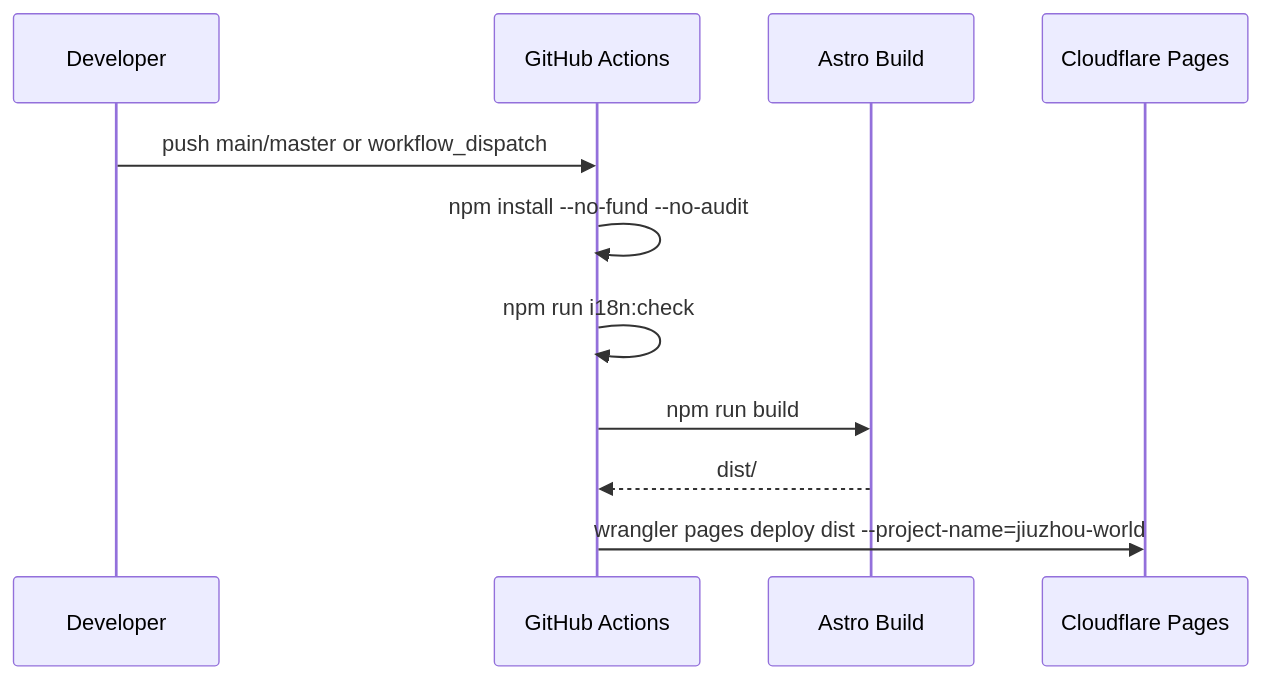
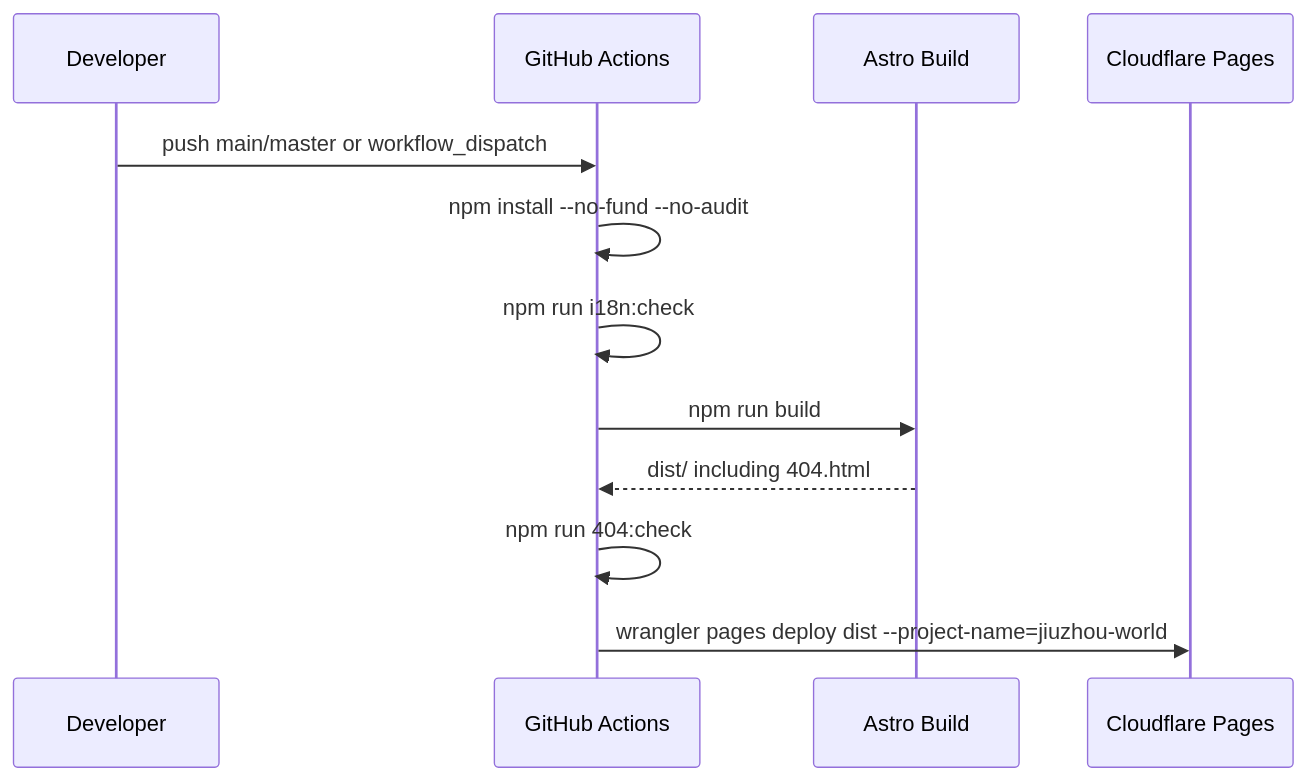
Before and after one commit to robinv8/jiuzhou-world: the second of 2 diagrams in brain/architecture.md, drawn with Mermaid. The commit also changed other lines of this file and 8 other files, not shown here.

````diff
--- a/brain/architecture.md
+++ b/brain/architecture.md
@@ -78,13 +81,14 @@
 ```mermaid
 sequenceDiagram
   participant Dev as Developer
   participant GH as GitHub Actions
   participant Astro as Astro Build
   participant CF as Cloudflare Pages
   Dev->>GH: push main/master or workflow_dispatch
   GH->>GH: npm install --no-fund --no-audit
   GH->>GH: npm run i18n:check
   GH->>Astro: npm run build
-  Astro-->>GH: dist/
+  Astro-->>GH: dist/ including 404.html
+  GH->>GH: npm run 404:check
   GH->>CF: wrangler pages deploy dist --project-name=jiuzhou-world
 ```
````
